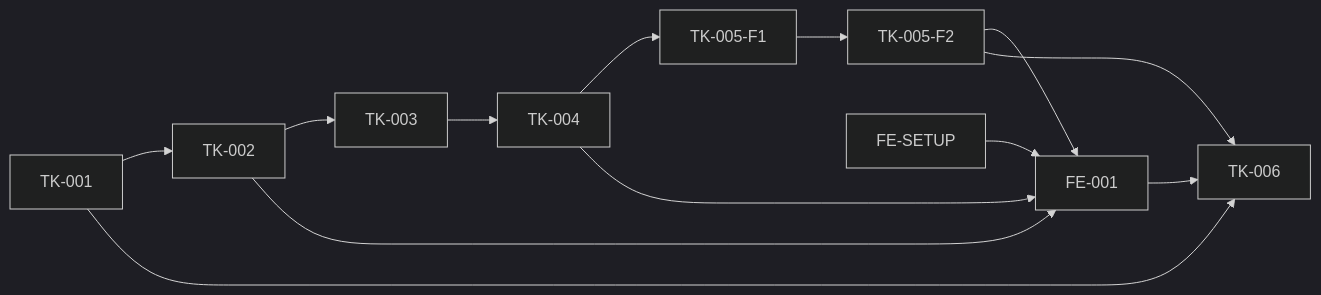
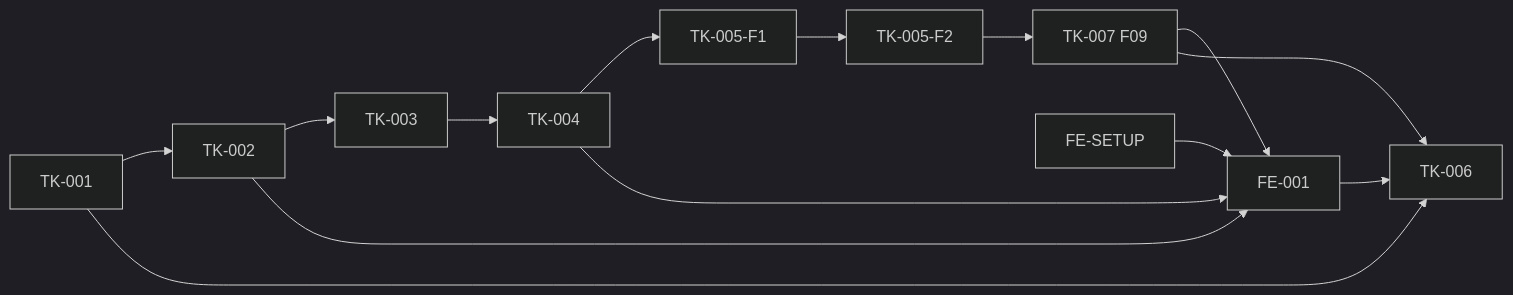
The diagram in docs/tickets/INDEX.md (ThomSchery/DatasetFactory), drawn with Mermaid (dark theme) before and after one commit. The commit also changed other lines of this file and 11 other files, not shown here.

````diff
--- a/docs/tickets/INDEX.md
+++ b/docs/tickets/INDEX.md
@@ -49,15 +56,16 @@
 ```mermaid
 graph LR
   A[TK-001] --> C[TK-002]
   C --> D[TK-003]
   D --> E[TK-004]
   E --> F1[TK-005-F1]
   F1 --> F2[TK-005-F2]
+  F2 --> I[TK-007 F09]
   B[FE-SETUP] --> G[FE-001]
   C --> G
   E --> G
-  F2 --> G
+  I --> G
   A --> H[TK-006]
-  F2 --> H
+  I --> H
   G --> H
 ```
````
